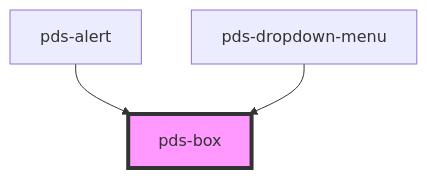
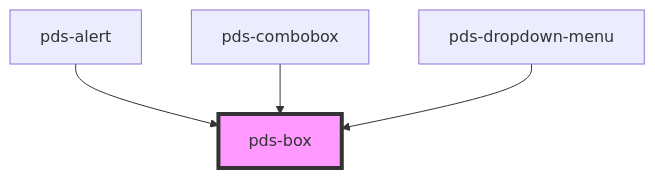
One commit to Kajabi/pine changed the diagram in libs/core/src/components/pds-box/readme.md. Above: the diagram before and after it, drawn with Mermaid. The commit also changed other lines of this file and 7 other files, not shown here.

````diff
--- a/libs/core/src/components/pds-box/readme.md
+++ b/libs/core/src/components/pds-box/readme.md
@@ -59,6 +60,7 @@
 ```mermaid
 graph TD;
   pds-alert --> pds-box
+  pds-combobox --> pds-box
   pds-dropdown-menu --> pds-box
   style pds-box fill:#f9f,stroke:#333,stroke-width:4px
 ```
````
